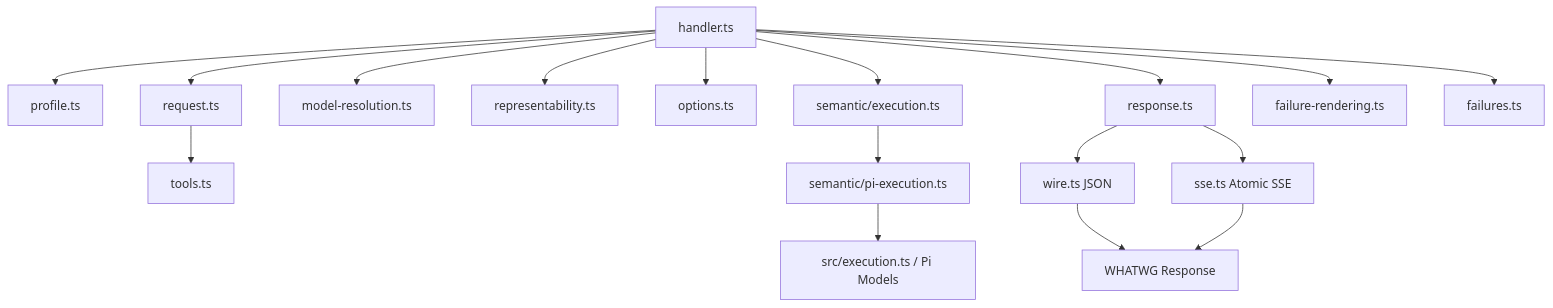
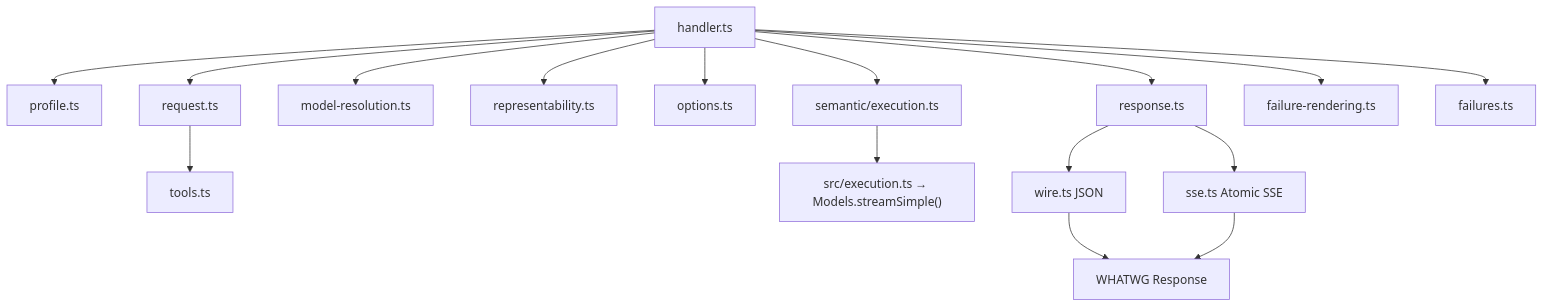
One commit to keeplearning2026/LuckyToken changed the ninth of 19 diagrams in doc/TokenArchitecture.md. Above: the diagram before and after it, drawn with Mermaid. The commit also changed other lines of this file and 1358 other files, not shown here.

````diff
--- a/doc/TokenArchitecture.md
+++ b/doc/TokenArchitecture.md
@@ -1149,19 +1160,18 @@
 ```mermaid
 flowchart TD
     H["handler.ts"] --> P["profile.ts"]
     H --> RQ["request.ts"]
     RQ --> T["tools.ts"]
     H --> MR["model-resolution.ts"]
     H --> MV["representability.ts"]
     H --> O["options.ts"]
     H --> SE["semantic/execution.ts"]
-    SE --> PE["semantic/pi-execution.ts"]
-    PE --> E["src/execution.ts / Pi Models"]
+    SE --> E["src/execution.ts → Models.streamSimple()"]
     H --> RS["response.ts"]
     RS --> W["wire.ts JSON"]
     RS --> S["sse.ts Atomic SSE"]
     H --> FR["failure-rendering.ts"]
     H --> F["failures.ts"]
     W --> RESP["WHATWG Response"]
     S --> RESP
 ```
````
